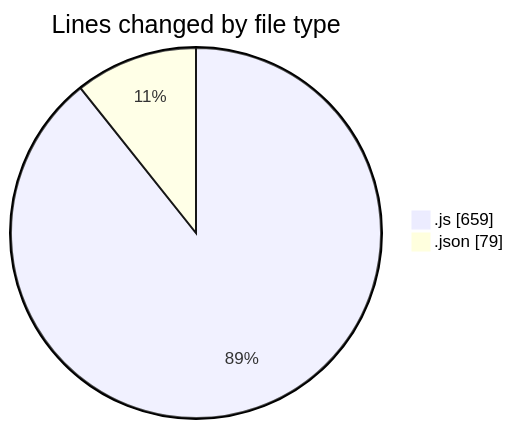
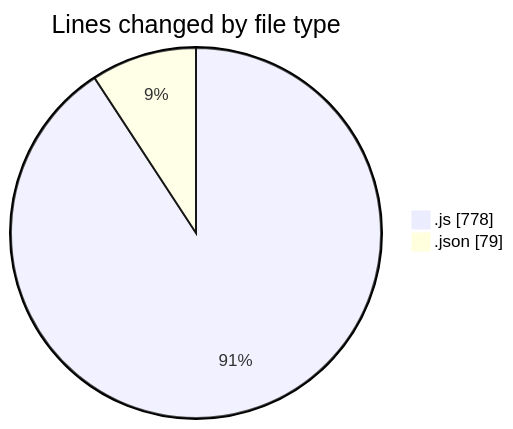
Before and after one commit to momahboobian/code-tracking: the first of 2 diagrams in 2025-01-31/cda/README.md, drawn with Mermaid. The commit also changed other lines of this file and 1 other file, not shown here.

````diff
--- a/2025-01-31/cda/README.md
+++ b/2025-01-31/cda/README.md
@@ -25,6 +26,6 @@
 ```mermaid
 pie showData
 title Lines changed by file type
-".js" : 659
+".js" : 778
 ".json" : 79
 ```
````
